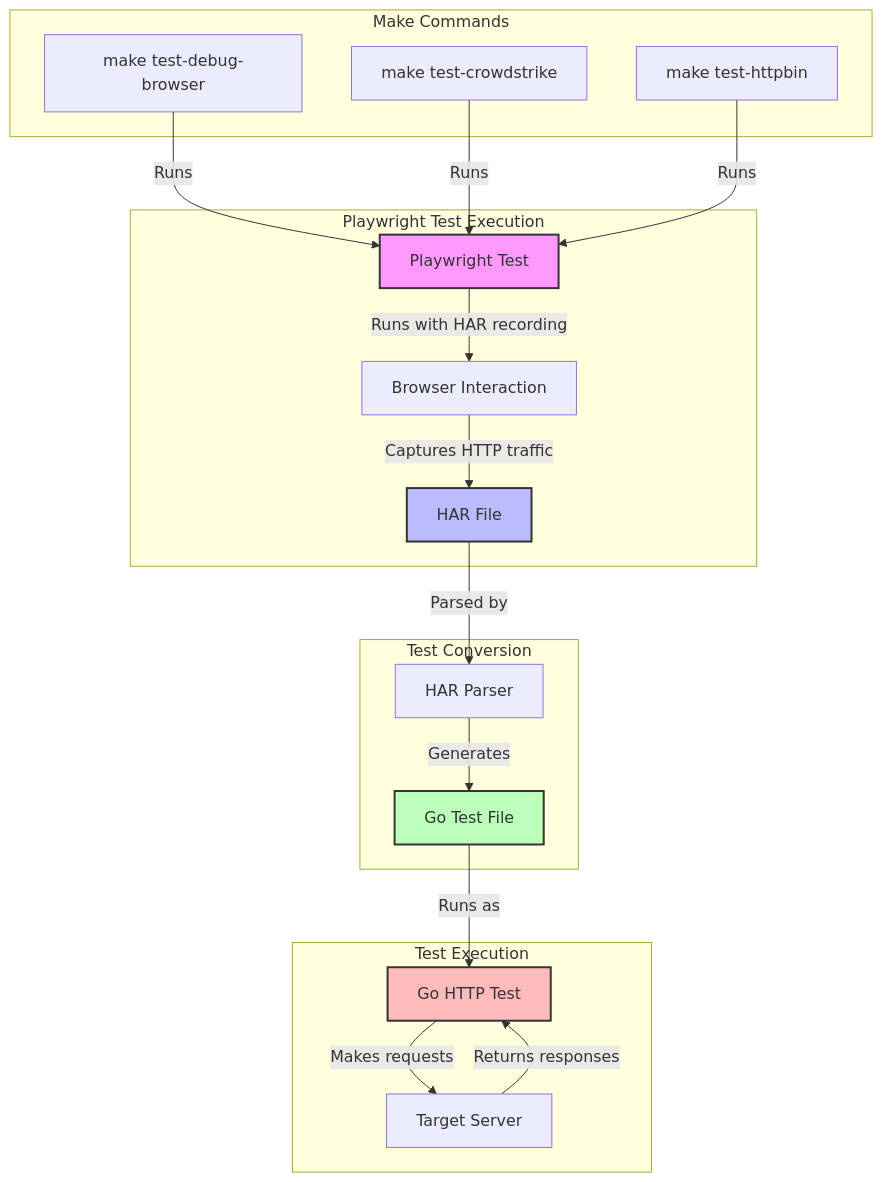
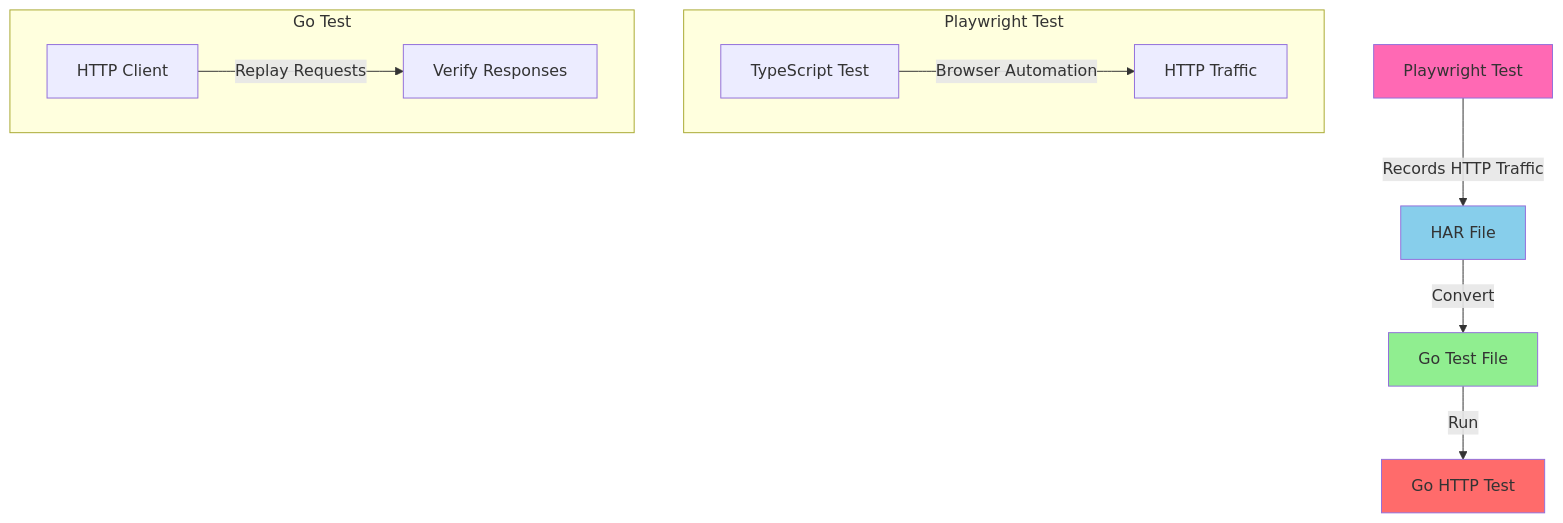
One commit to unlikelyzero/playwright2gotest changed the diagram in README.md. Above: the diagram before and after it, drawn with Mermaid. The commit also changed other lines of this file and 15 other files, not shown here.

````diff
--- a/README.md
+++ b/README.md
@@ -12,29 +90,19 @@
 ```mermaid
 graph TD
-    subgraph "Playwright Test Execution"
-        A[Playwright Test] -->|Runs with HAR recording| B[Browser Interaction]
-        B -->|Captures HTTP traffic| C[HAR File]
+    A[Playwright Test] -->|Records HTTP Traffic| B[HAR File]
+    B -->|Convert| C[Go Test File]
+    C -->|Run| D[Go HTTP Test]
+    
+    subgraph "Playwright Test"
+    A1[TypeScript Test] -->|Browser Automation| A2[HTTP Traffic]
     end
-
-    subgraph "Test Conversion"
-        C -->|Parsed by| D[HAR Parser]
-        D -->|Generates| E[Go Test File]
+    
+    subgraph "Go Test"
+    D1[HTTP Client] -->|Replay Requests| D2[Verify Responses]
     end
-
-    subgraph "Test Execution"
-        E -->|Runs as| F[Go HTTP Test]
-        F -->|Makes requests| G[Target Server]
-        G -->|Returns responses| F
-    end
-
-    subgraph "Make Commands"
-        H[make test-debug-browser] -->|Runs| A
-        I[make test-crowdstrike] -->|Runs| A
-        J[make test-httpbin] -->|Runs| A
-    end
-
-    style A fill:#f9f,stroke:#333,stroke-width:2px
-    style C fill:#bbf,stroke:#333,stroke-width:2px
-    style E fill:#bfb,stroke:#333,stroke-width:2px
-    style F fill:#fbb,stroke:#333,stroke-width:2px
+    
+    style A fill:#ff69b4
+    style B fill:#87ceeb
+    style C fill:#90ee90
+    style D fill:#ff6b6b
 ```
````
